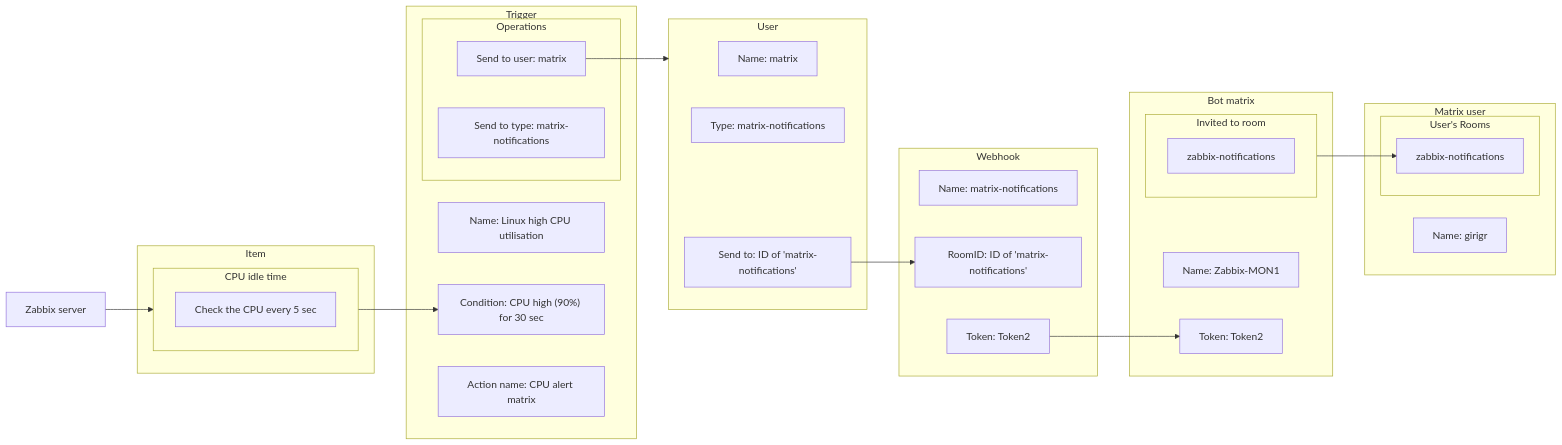
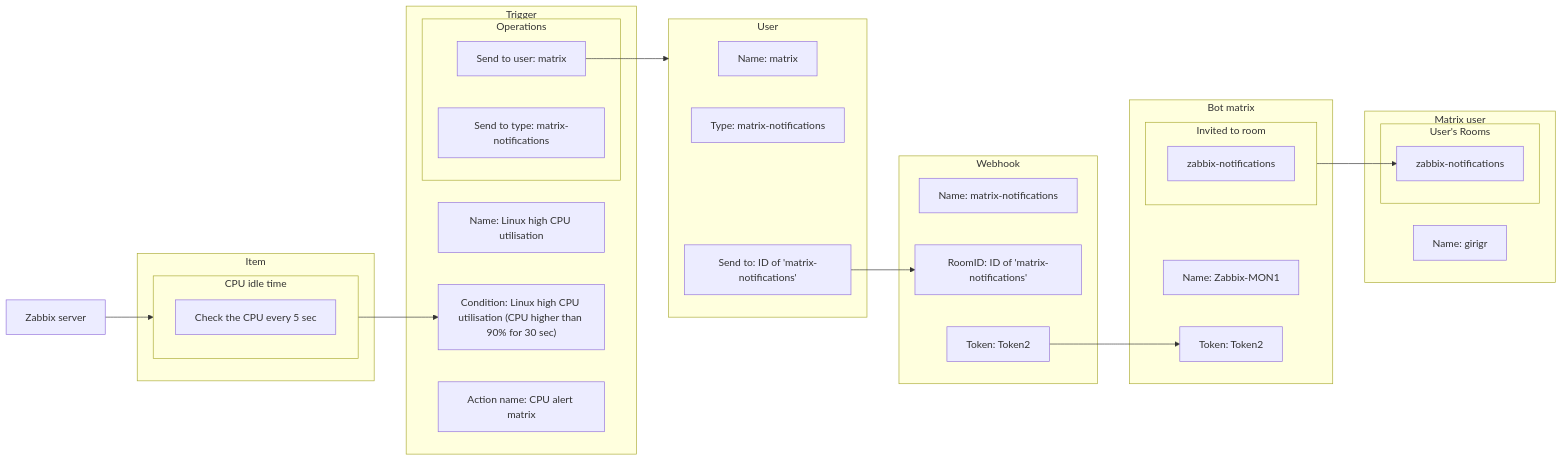
One commit to CPNV-ES-MON1/Zabbix changed the diagram in Doc/Schemas/diagram-notifications.md. Above: the diagram before and after it, drawn with Mermaid.

````diff
--- a/Doc/Schemas/diagram-notifications.md
+++ b/Doc/Schemas/diagram-notifications.md
@@ -3,53 +3,53 @@
 ```mermaid
 flowchart LR
  subgraph itemCpu["CPU idle time"]
         itemCpuCheck["Check the CPU every 5 sec"]
   end
  subgraph item["Item"]
         itemCpu
   end
  subgraph triggerOperation["Operations"]
         triggerOperationUser["Send to user: matrix"]
         triggerOperationMedia["Send to type: matrix-notifications"]
   end
  subgraph trigger["Trigger"]
         triggerName["Name: Linux high CPU utilisation"]
-        triggerCondition["Condition: CPU high (90%) for 30 sec"]
+        triggerCondition["Condition: Linux high CPU utilisation (CPU higher than 90% for 30 sec)"]
         triggerAction["Action name: CPU alert matrix"]
         triggerOperation
   end
  subgraph user["User"]
         userName["Name: matrix"]
         userType["Type: matrix-notifications"]
         userSend@{ label: "Send to: ID of 'matrix-notifications'" }
   end
  subgraph webhook["Webhook"]
         webhookName["Name: matrix-notifications"]
         webhookRoom@{ label: "RoomID: ID of 'matrix-notifications'" }
         webhookToken["Token: Token2"]
   end
  subgraph botInvites["Invited to room"]
         botInvitesRoom["zabbix-notifications"]
   end
  subgraph bot["Bot matrix"]
         botName["Name: Zabbix-MON1"]
         botToken["Token: Token2"]
         botInvites
   end
  subgraph matrixUserRooms["User's Rooms"]
         matrixUserRoomsZabbix["zabbix-notifications"]
   end
  subgraph matrixUser["Matrix user"]
         name["Name: girigr"]
         matrixUserRooms
   end
     zabbixServer["Zabbix server"] --> itemCpu
     itemCpu --> triggerCondition
     triggerOperationUser --> user
     userSend --> webhookRoom
     webhookToken --> botToken
     botInvites --> matrixUserRoomsZabbix
     userSend@{ shape: rect}
     webhookRoom@{ shape: rect}
     
 ```
````
